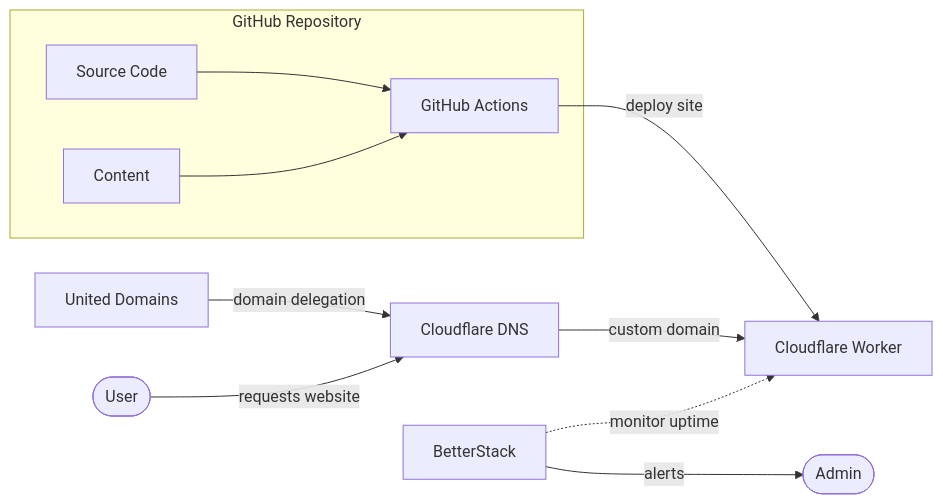
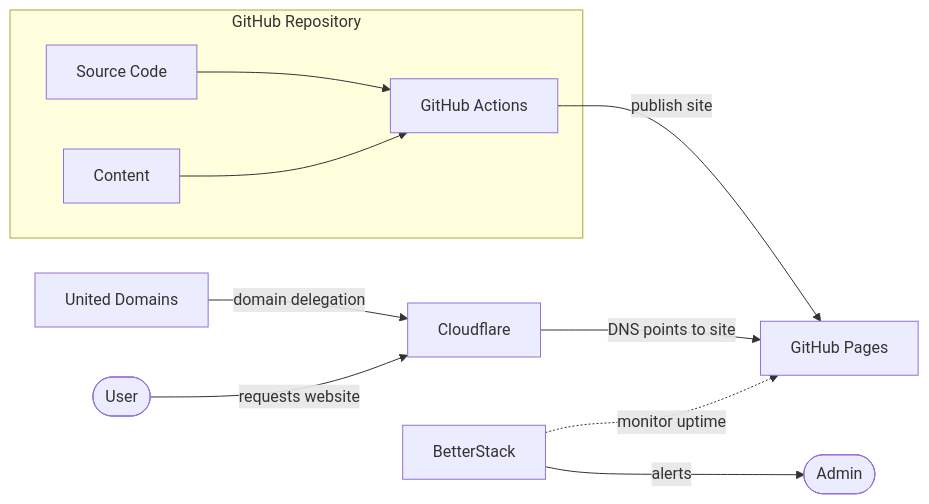
One commit to ggarbereder/garbereder.com changed the diagram in README.md. Above: the diagram before and after it, drawn with Mermaid. The commit also changed other lines of this file and 2 other files, not shown here.

Commit message:
ci: deploy to Cloudflare Worker in parallel with GitHub Pages

````diff
--- a/README.md
+++ b/README.md
@@ -8,24 +8,24 @@
 ```mermaid
 flowchart LR
     subgraph GH[GitHub Repository]
         SC[Source Code]
         CT[Content]
         GA[GitHub Actions]
     end
 
-    CW[Cloudflare Worker]
+    GP[GitHub Pages]
     UD[United Domains]
-    CF[Cloudflare DNS]
+    CF[Cloudflare]
     BS[BetterStack]
     U([User])
     A([Admin])
 
     SC --> GA
     CT --> GA
-    GA -->|deploy site| CW
+    GA -->|publish site| GP
     UD -->|domain delegation| CF
-    CF -->|custom domain| CW
-    BS -.->|monitor uptime| CW
+    CF -->|DNS points to site| GP
+    BS -.->|monitor uptime| GP
     U -->|requests website| CF
     BS -->|alerts| A
 ```
````
